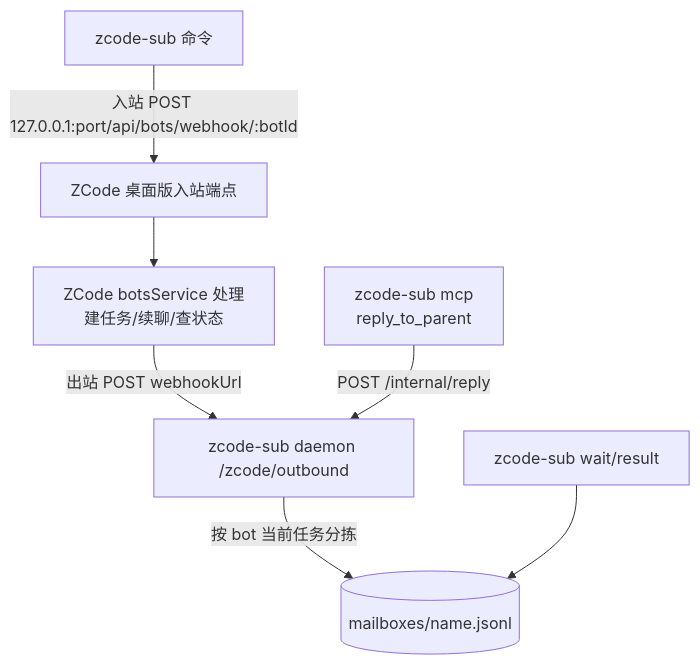
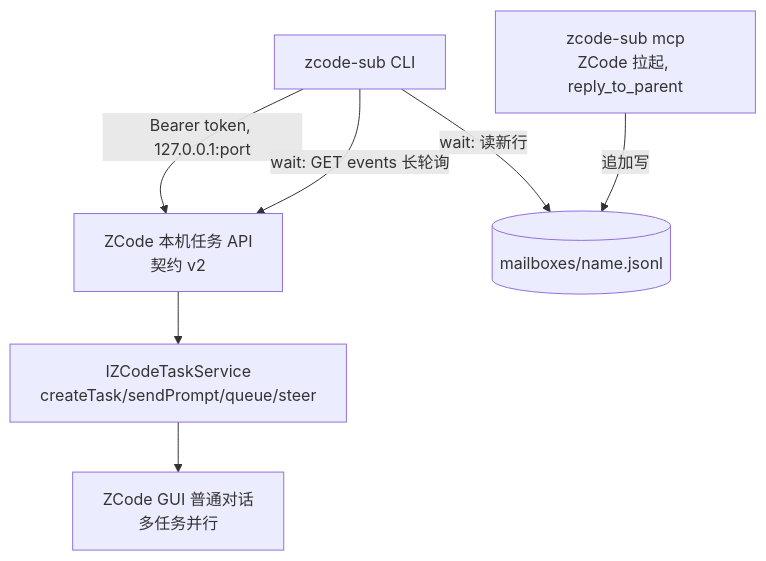
One commit to weidwonder/zcode-sub changed the first of 2 diagrams in docs/spec/2026-10-27-zcode-sub-bridge-eng-spec.md. Above: the diagram before and after it, drawn with Mermaid. The commit also changed other lines of this file, not shown here.

Commit message:
docs(spec): 方案变更 v2——传输层换 ZCode 本机任务 API（多对话并行、运行中补消息）

````diff
--- a/docs/spec/2026-10-27-zcode-sub-bridge-eng-spec.md
+++ b/docs/spec/2026-10-27-zcode-sub-bridge-eng-spec.md
@@ -27,9 +28,9 @@
   ```mermaid
   flowchart TD
-    A[zcode-sub 命令] -->|入站 POST 127.0.0.1:port/api/bots/webhook/:botId| B[ZCode 桌面版入站端点]
-    B --> C[ZCode botsService 处理<br/>建任务/续聊/查状态]
-    C -->|出站 POST webhookUrl| D[zcode-sub daemon /zcode/outbound]
-    D -->|按 bot 当前任务分拣| E[(mailboxes/name.jsonl)]
-    F[zcode-sub wait/result] --> E
-    G[zcode-sub mcp<br/>reply_to_parent] -->|POST /internal/reply| D
+    A[zcode-sub CLI] -->|Bearer token, 127.0.0.1:port| B[ZCode 本机任务 API<br/>契约 v2]
+    B --> C[IZCodeTaskService<br/>createTask/sendPrompt/queue/steer]
+    C --> D[ZCode GUI 普通对话<br/>多任务并行]
+    A -->|wait: GET events 长轮询| B
+    E[zcode-sub mcp<br/>ZCode 拉起, reply_to_parent] -->|追加写| F[(mailboxes/name.jsonl)]
+    A -->|wait: 读新行| F
   ```
````
